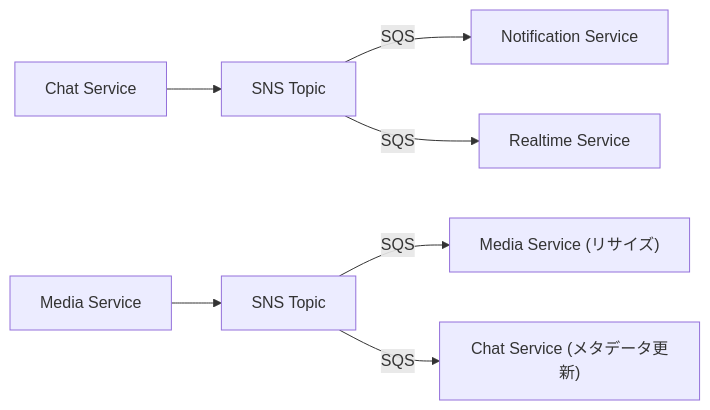
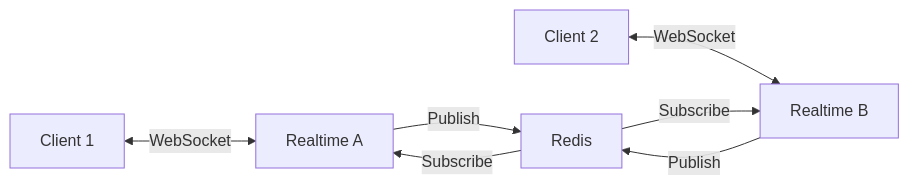
One commit to shunto-ishiguro/go-microservices-chat changed the fourth of 6 diagrams in docs/architecture/microservices.md. Above: the diagram before and after it, drawn with Mermaid. The commit also changed other lines of this file and 3 other files, not shown here.

First line of the commit message:
docs: architecture docs を新スコープに合わせて全面更新

````diff
--- a/docs/architecture/microservices.md
+++ b/docs/architecture/microservices.md
@@ -160,10 +172,9 @@
 ```mermaid
 graph LR
-    CS[Chat Service] --> SNS1[SNS Topic]
-    SNS1 -->|SQS| NS[Notification Service]
-    SNS1 -->|SQS| RS[Realtime Service]
-
-    MS[Media Service] --> SNS2[SNS Topic]
-    SNS2 -->|SQS| MS2["Media Service (リサイズ)"]
-    SNS2 -->|SQS| CS2["Chat Service (メタデータ更新)"]
+    C1[Client 1] <-->|WebSocket| RSA[Realtime A]
+    C2[Client 2] <-->|WebSocket| RSB[Realtime B]
+    RSA -->|Publish| R[Redis]
+    RSB -->|Publish| R
+    R -->|Subscribe| RSA
+    R -->|Subscribe| RSB
 ```
````
